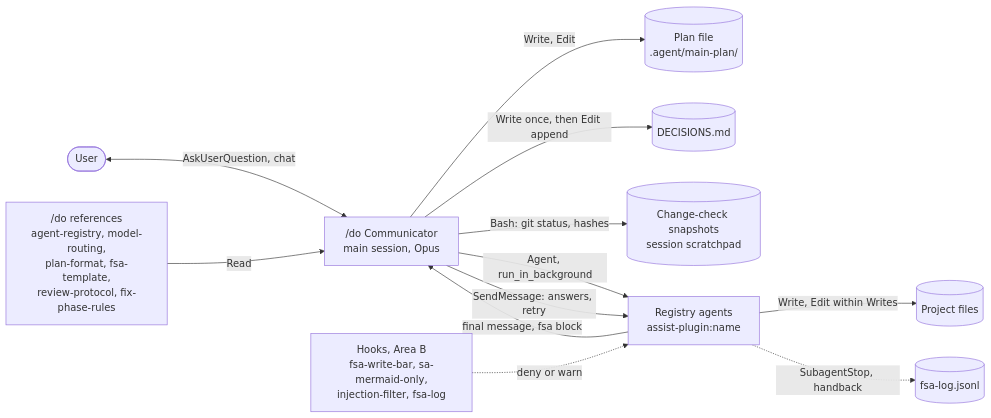
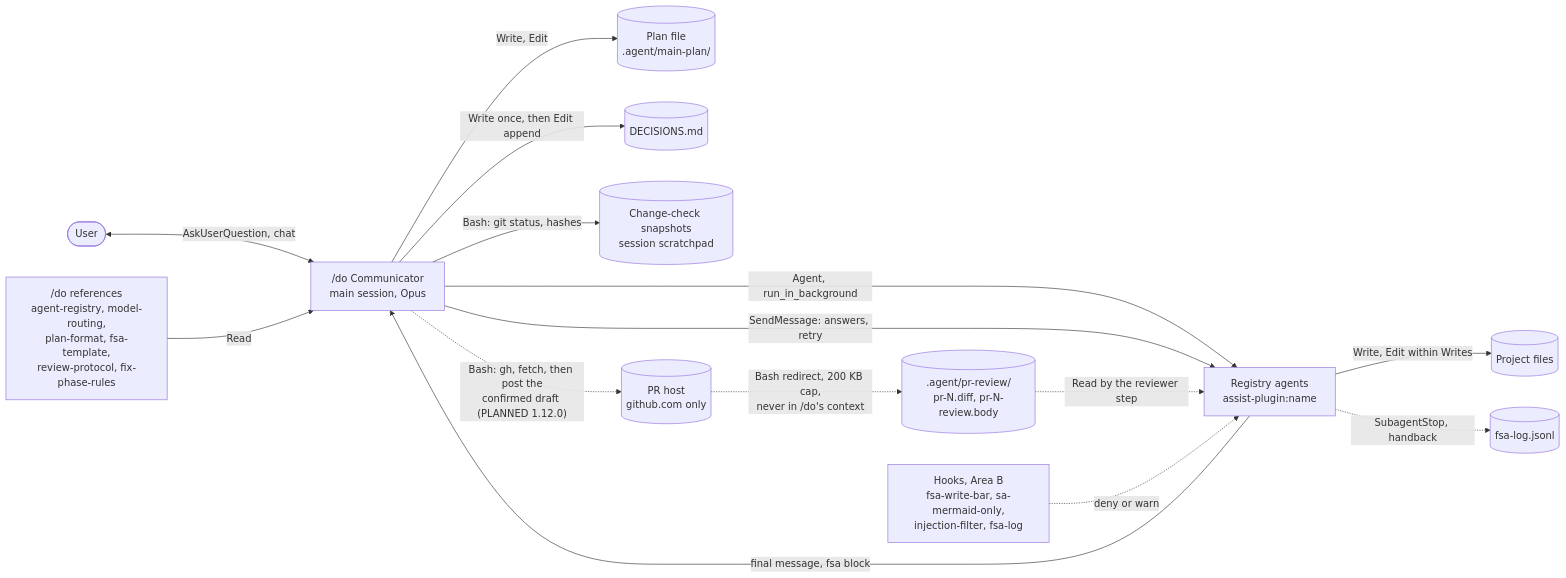
One commit to tjmonsi/assist-marketplace-plugin changed the second of 2 diagrams in specs/spec-orchestration.md. Above: the diagram before and after it, drawn with Mermaid. The commit also changed other lines of this file and 60 other files, not shown here.

````diff
--- a/specs/spec-orchestration.md
+++ b/specs/spec-orchestration.md
@@ -307,14 +310,17 @@
 ```mermaid
 flowchart LR
   User(["User"]) <-->|"AskUserQuestion, chat"| Do["/do Communicator<br/>main session, Opus"]
   Refs["/do references<br/>agent-registry, model-routing,<br/>plan-format, fsa-template,<br/>review-protocol, fix-phase-rules"] -->|"Read"| Do
   Do -->|"Write, Edit"| Plan[("Plan file<br/>.agent/main-plan/")]
   Do -->|"Write once, then Edit append"| Dec[("DECISIONS.md")]
   Do -->|"Bash: git status, hashes"| Snap[("Change-check snapshots<br/>session scratchpad")]
   Do -->|"Agent, run_in_background"| Agents["Registry agents<br/>assist-plugin:name"]
   Do -->|"SendMessage: answers, retry"| Agents
   Agents -->|"final message, fsa block"| Do
   Agents -->|"Write, Edit within Writes"| Files[("Project files")]
+  Do -.->|"Bash: gh, fetch, then post the<br/>confirmed draft (PLANNED 1.12.0)"| PR[("PR host<br/>github.com only")]
+  PR -.->|"Bash redirect, 200 KB cap,<br/>never in /do's context"| PRS[(".agent/pr-review/<br/>pr-N.diff, pr-N-review.body")]
+  PRS -.->|"Read by the reviewer step"| Agents
   Hooks["Hooks, Area B<br/>fsa-write-bar, sa-mermaid-only,<br/>injection-filter, fsa-log"] -.->|"deny or warn"| Agents
   Agents -.->|"SubagentStop, handback"| Log[("fsa-log.jsonl")]
 ```
````
